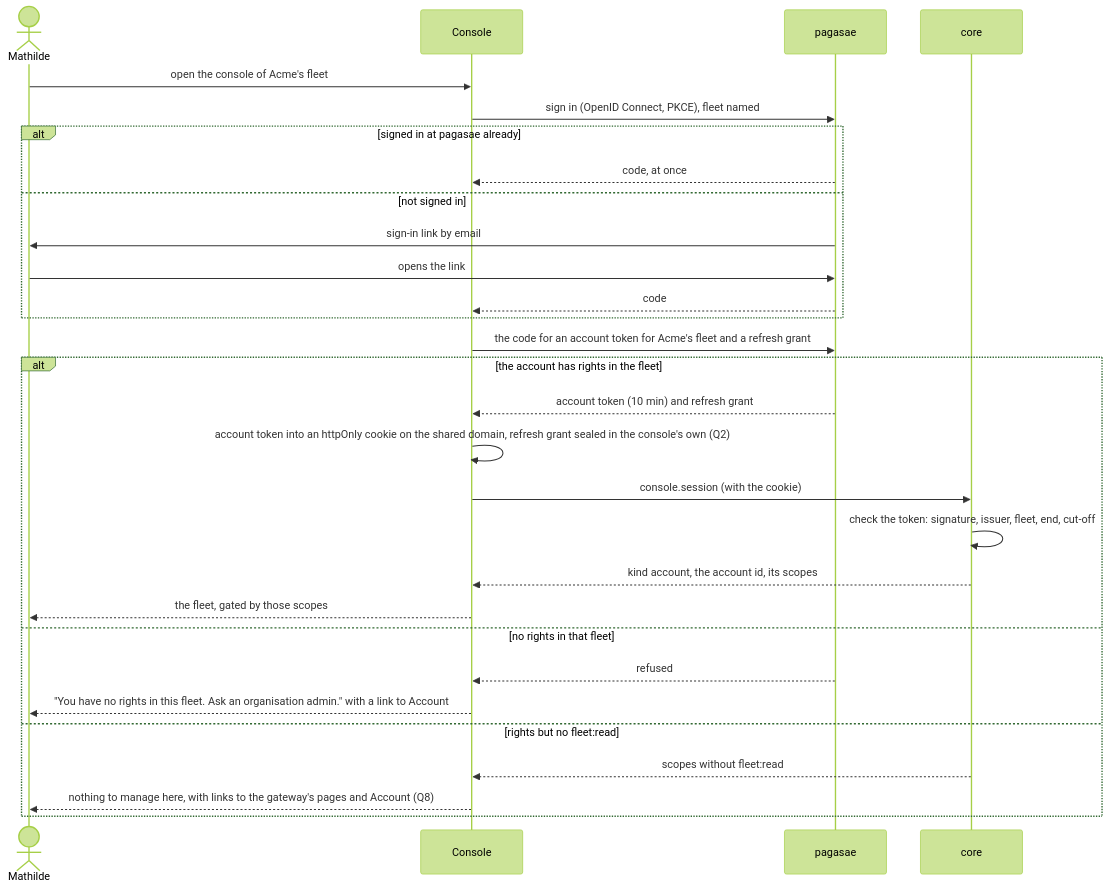
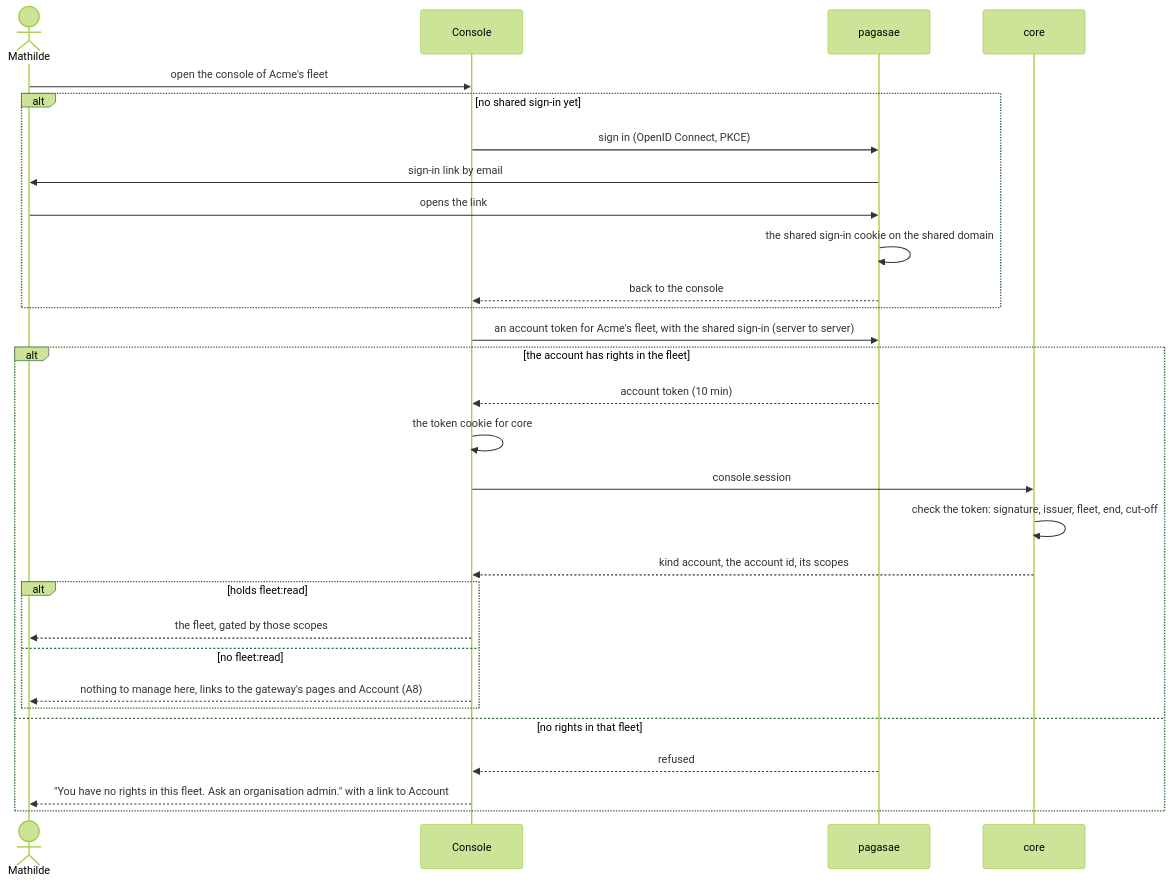
One commit to ThomasHendrickx/aeolus-fleet changed the second of 10 diagrams in docs/design/accounts/console.md. Above: the diagram before and after it, drawn with Mermaid (forest theme). The commit also changed other lines of this file, not shown here.

First line of the commit message:
docs: accounts in the console as decided (#1036)

````diff
--- a/docs/design/accounts/console.md
+++ b/docs/design/accounts/console.md
@@ -76,31 +113,31 @@
 ```mermaid
 sequenceDiagram
   actor M as Mathilde
   participant K as Console
   participant P as pagasae
   participant C as core
   M->>K: open the console of Acme's fleet
-  K->>P: sign in (OpenID Connect, PKCE), fleet named
-  alt signed in at pagasae already
-    P-->>K: code, at once
-  else not signed in
+  alt no shared sign-in yet
+    K->>P: sign in (OpenID Connect, PKCE)
     P->>M: sign-in link by email
     M->>P: opens the link
-    P-->>K: code
+    P->>P: the shared sign-in cookie on the shared domain
+    P-->>K: back to the console
   end
-  K->>P: the code for an account token for Acme's fleet and a refresh grant
+  K->>P: an account token for Acme's fleet, with the shared sign-in (server to server)
   alt the account has rights in the fleet
-    P-->>K: account token (10 min) and refresh grant
-    K->>K: account token into an httpOnly cookie on the shared domain, refresh grant sealed in the console's own (Q2)
-    K->>C: console.session (with the cookie)
+    P-->>K: account token (10 min)
+    K->>K: the token cookie for core
+    K->>C: console.session
     C->>C: check the token: signature, issuer, fleet, end, cut-off
     C-->>K: kind account, the account id, its scopes
-    K-->>M: the fleet, gated by those scopes
+    alt holds fleet:read
+      K-->>M: the fleet, gated by those scopes
+    else no fleet:read
+      K-->>M: nothing to manage here, links to the gateway's pages and Account (A8)
+    end
   else no rights in that fleet
     P-->>K: refused
     K-->>M: "You have no rights in this fleet. Ask an organisation admin." with a link to Account
-  else rights but no fleet:read
-    C-->>K: scopes without fleet:read
-    K-->>M: nothing to manage here, with links to the gateway's pages and Account (Q8)
   end
 ```
````
